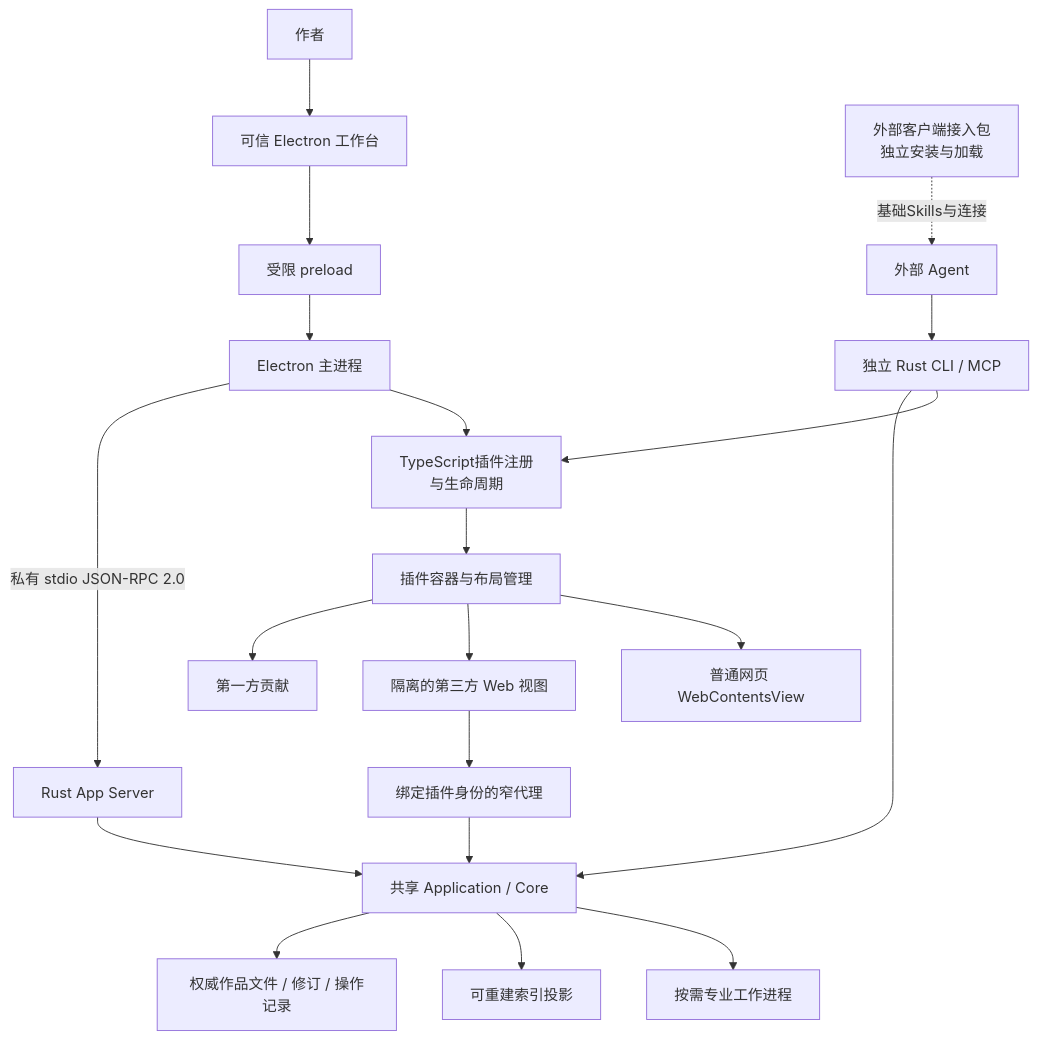
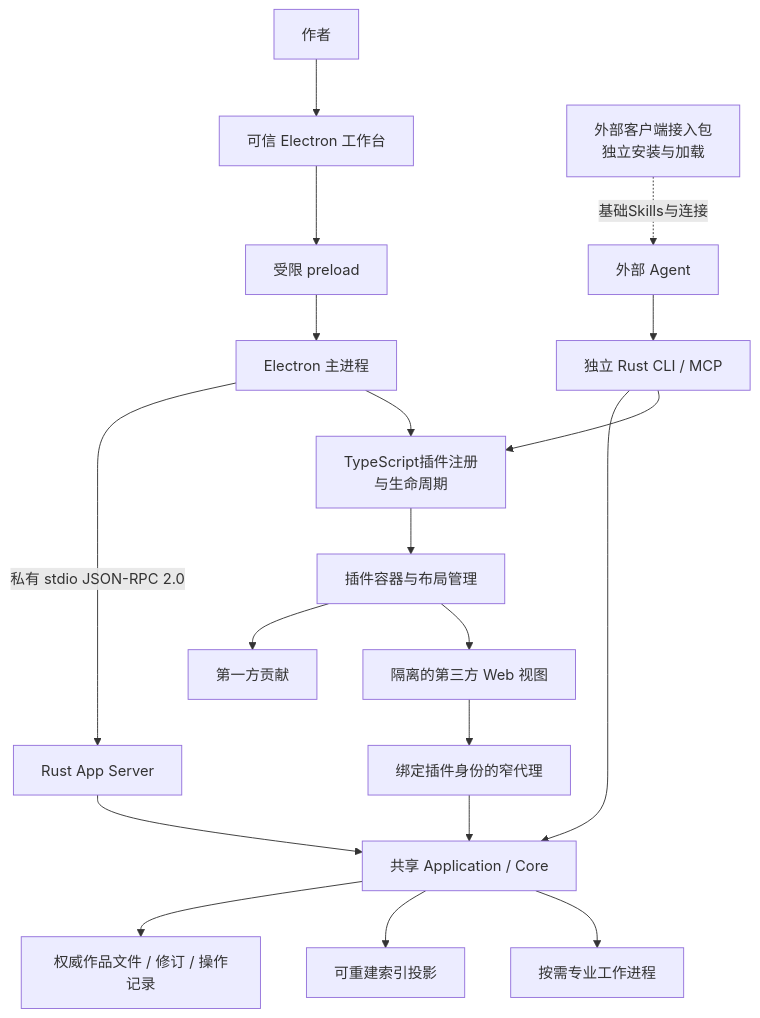
One commit to limecloud/hetu changed the first of 3 diagrams in docs/39-Electron与插件优先重构架构.md. Above: the diagram before and after it, drawn with Mermaid. The commit also changed other lines of this file and 57 other files, not shown here.

````diff
--- a/docs/39-Electron与插件优先重构架构.md
+++ b/docs/39-Electron与插件优先重构架构.md
@@ -39,22 +39,21 @@
 ```mermaid
 flowchart TB
     Human[作者] --> Shell[可信 Electron 工作台]
     Adapter[外部客户端接入包<br/>独立安装与加载] -. 基础Skills与连接 .-> Agent
     Agent[外部 Agent] --> Machine[独立 Rust CLI / MCP]
     Shell --> Preload[受限 preload]
     Preload --> Main[Electron 主进程]
     Main -->|私有 stdio JSON-RPC 2.0| Server[Rust App Server]
     Server --> Core[共享 Application / Core]
     Machine --> Core
     Main --> TS[TypeScript插件注册<br/>与生命周期]
     TS --> Views[插件容器与布局管理]
     Machine --> TS
     Views --> First[第一方贡献]
     Views --> Third[隔离的第三方 Web 视图]
-    Views --> Browser[普通网页 WebContentsView]
     Third --> Scoped[绑定插件身份的窄代理]
     Scoped --> Core
     Core --> Files[权威作品文件 / 修订 / 操作记录]
     Core --> Index[可重建索引投影]
     Core --> Workers[按需专业工作进程]
 ```
````
